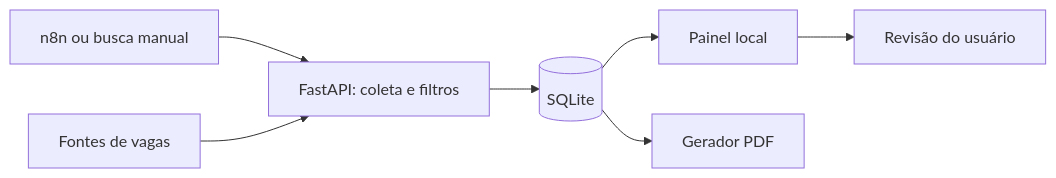
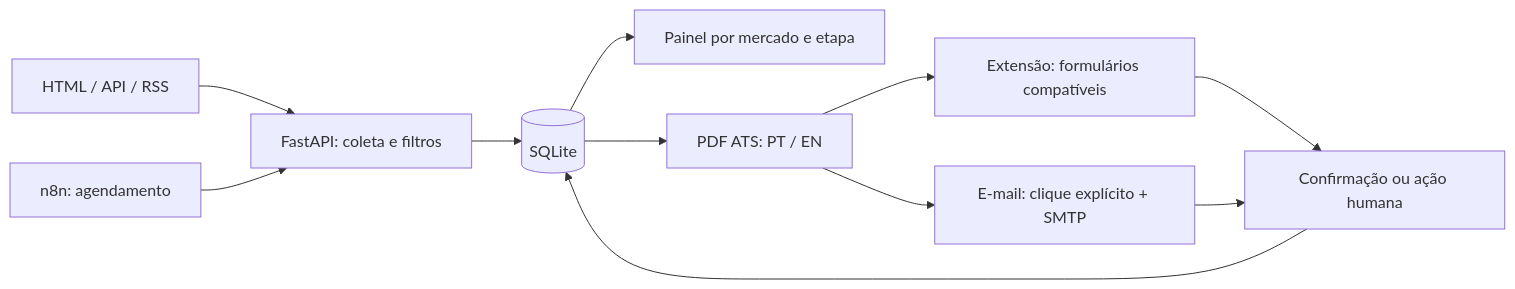
Before and after one commit to mendxcyber/jobflow-local: the diagram in README.md, drawn with Mermaid. The commit also changed other lines of this file and 20 other files, not shown here.

````diff
--- a/README.md
+++ b/README.md
@@ -16,9 +24,13 @@
 ```mermaid
 flowchart LR
-    N[n8n ou busca manual] --> W[FastAPI: coleta e filtros]
-    F[Fontes de vagas] --> W
-    W --> D[(SQLite)]
-    D --> P[Painel local]
-    D --> G[Gerador PDF]
-    P --> R[Revisão do usuário]
+    S[HTML / API / RSS] --> F[FastAPI: coleta e filtros]
+    N[n8n: agendamento] --> F
+    F --> D[(SQLite)]
+    D --> P[Painel por mercado e etapa]
+    D --> R[PDF ATS: PT / EN]
+    R --> X[Extensão: formulários compatíveis]
+    R --> E[E-mail: clique explícito + SMTP]
+    X --> C[Confirmação ou ação humana]
+    E --> C
+    C --> D
 ```
````
